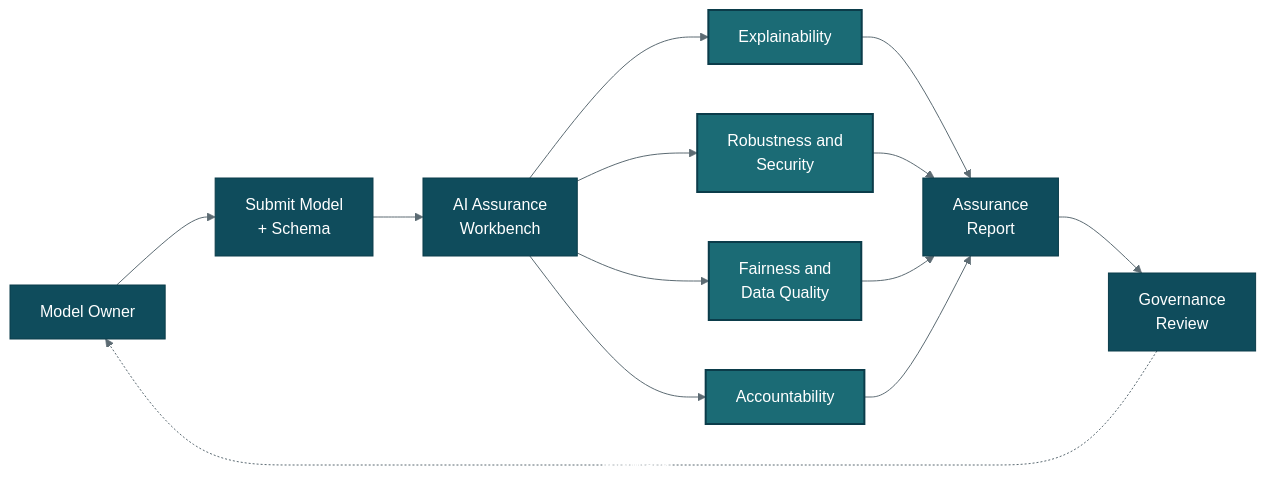
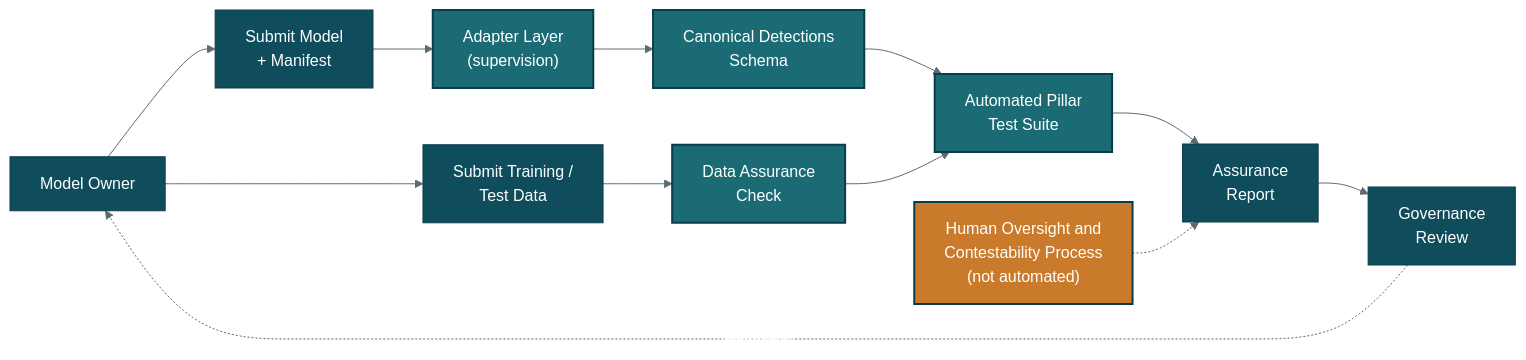
One commit to Aasiyathabassum/Tech-Portfolio changed the second of 2 diagrams in AI Assurance Workbench.md. Above: the diagram before and after it, drawn with Mermaid. The commit also changed other lines of this file, not shown here.

Commit message:
Update AI Assurance Workbench.md

````diff
--- a/AI Assurance Workbench.md
+++ b/AI Assurance Workbench.md
@@ -49,32 +49,38 @@
 ```mermaid
 %%{init: {
   "theme": "base",
   "flowchart": { "htmlLabels": false },
   "themeVariables": {
     "primaryColor": "#0F4C5C",
     "primaryTextColor": "#ffffff",
     "primaryBorderColor": "#0B3C4A",
     "lineColor": "#5C6B73",
     "secondaryColor": "#1B6B75",
     "tertiaryColor": "#EAF2F3",
     "fontSize": "16px",
     "edgeLabelBackground": "#ffffff"
   }
 }}%%
 flowchart LR
-    A["Model Owner"] --> B["Submit Model<br/>+ Schema"]
-    B --> C["AI Assurance<br/>Workbench"]
-    C --> D["Explainability"]
-    C --> E["Robustness and<br/>Security"]
-    C --> F["Fairness and<br/>Data Quality"]
-    C --> G["Accountability"]
-    D --> H["Assurance<br/>Report"]
-    E --> H
-    F --> H
-    G --> H
+    A["Model Owner"] --> B["Submit Model<br/>+ Manifest"]
+    A --> B2["Submit Training /<br/>Test Data"]
+
+    B --> AD["Adapter Layer<br/>(supervision)"]
+    AD --> DET["Canonical Detections<br/>Schema"]
+    B2 --> DQ["Data Assurance<br/>Check"]
+
+    DET --> PT["Automated Pillar<br/>Test Suite"]
+    DQ --> PT
+    HO["Human Oversight and<br/>Contestability Process<br/>(not automated)"]
+
+    PT --> H["Assurance<br/>Report"]
+    HO -.-> H
+
     H --> I["Governance<br/>Review"]
     I -.->|feedback| A
 
     classDef pillar fill:#1B6B75,color:#ffffff,stroke:#0B3C4A,stroke-width:2px;
-    class D,E,F,G pillar;
+    classDef process fill:#C97A2B,color:#ffffff,stroke:#0B3C4A,stroke-width:2px;
+    class AD,DET,DQ,PT pillar;
+    class HO process;
 ```
````
